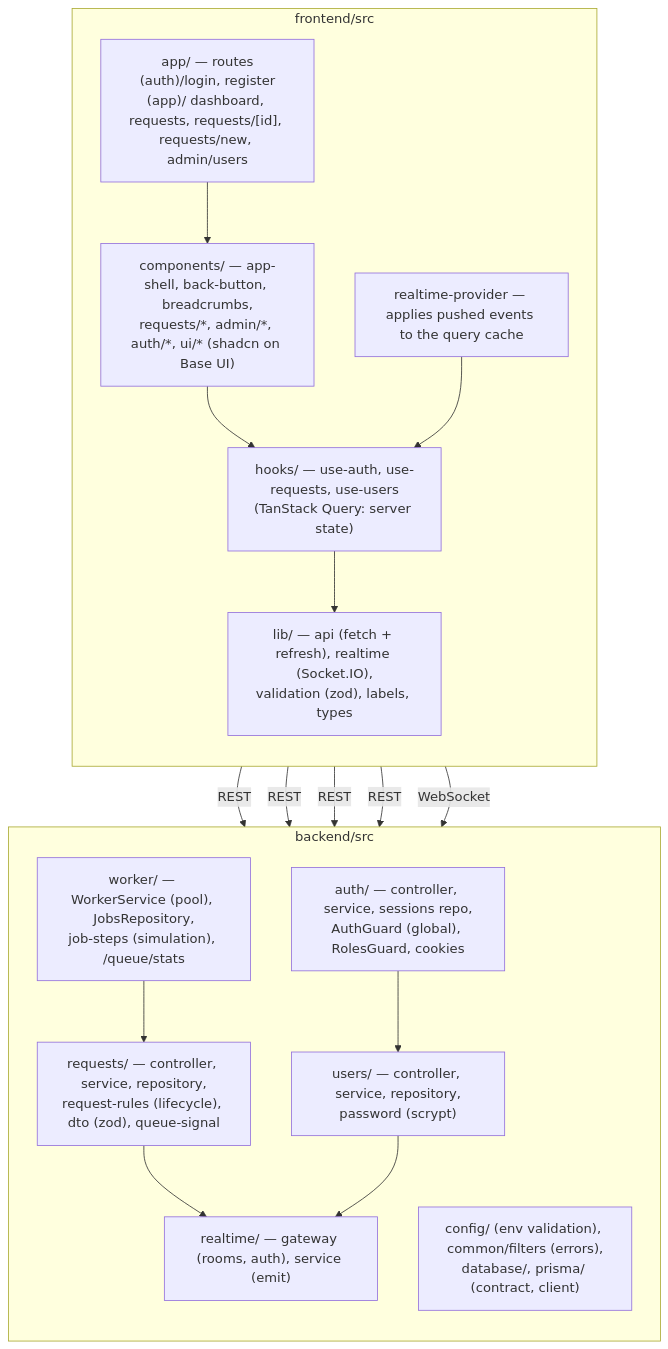
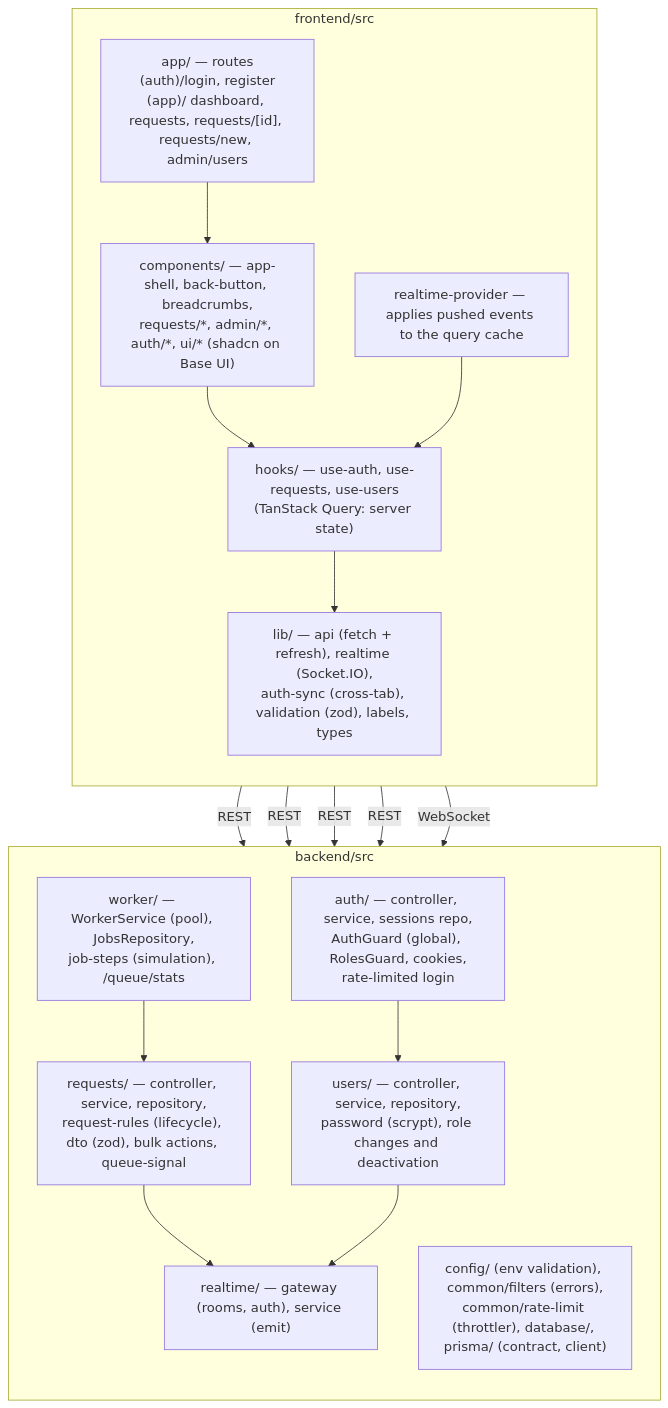
Before and after one commit to ikbalmdashik/CloudPulse: the second of 6 diagrams in docs/DESIGN.md, drawn with Mermaid. The commit also changed other lines of this file and 15 other files, not shown here.

````diff
--- a/docs/DESIGN.md
+++ b/docs/DESIGN.md
@@ -46,30 +46,30 @@
 ```mermaid
 flowchart TB
     subgraph Frontend["frontend/src"]
         direction TB
         App["app/ — routes<br/>(auth)/login, register<br/>(app)/ dashboard, requests, requests/[id], requests/new, admin/users"]
         Comp["components/ — app-shell, back-button, breadcrumbs,<br/>requests/*, admin/*, auth/*, ui/* (shadcn on Base UI)"]
         Hooks["hooks/ — use-auth, use-requests, use-users<br/>(TanStack Query: server state)"]
-        Lib["lib/ — api (fetch + refresh), realtime (Socket.IO),<br/>validation (zod), labels, types"]
+        Lib["lib/ — api (fetch + refresh), realtime (Socket.IO),<br/>auth-sync (cross-tab), validation (zod), labels, types"]
         RT["realtime-provider — applies pushed events to the query cache"]
         App --> Comp --> Hooks --> Lib
         RT --> Hooks
     end
 
     subgraph Backend["backend/src"]
         direction TB
-        Auth["auth/ — controller, service, sessions repo,<br/>AuthGuard (global), RolesGuard, cookies"]
-        Users["users/ — controller, service, repository,<br/>password (scrypt)"]
-        Req["requests/ — controller, service, repository,<br/>request-rules (lifecycle), dto (zod), queue-signal"]
+        Auth["auth/ — controller, service, sessions repo,<br/>AuthGuard (global), RolesGuard, cookies,<br/>rate-limited login"]
+        Users["users/ — controller, service, repository,<br/>password (scrypt), role changes and deactivation"]
+        Req["requests/ — controller, service, repository,<br/>request-rules (lifecycle), dto (zod), bulk actions, queue-signal"]
         Worker["worker/ — WorkerService (pool), JobsRepository,<br/>job-steps (simulation), /queue/stats"]
         Realtime["realtime/ — gateway (rooms, auth), service (emit)"]
-        Common["config/ (env validation), common/filters (errors),<br/>database/, prisma/ (contract, client)"]
+        Common["config/ (env validation), common/filters (errors),<br/>common/rate-limit (throttler), database/, prisma/ (contract, client)"]
         Req --> Realtime
         Worker --> Req
         Users --> Realtime
         Auth --> Users
     end
 
     Lib -- REST --> Auth & Users & Req & Worker
     Lib -- WebSocket --> Realtime
 ```
````
